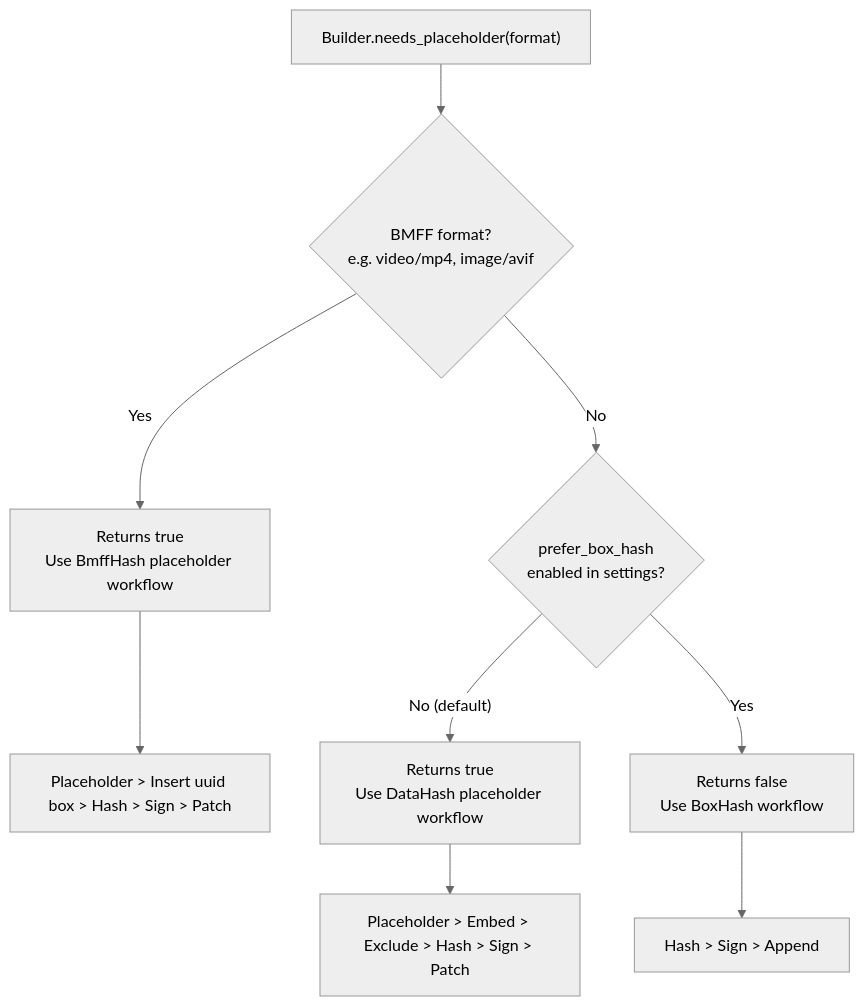
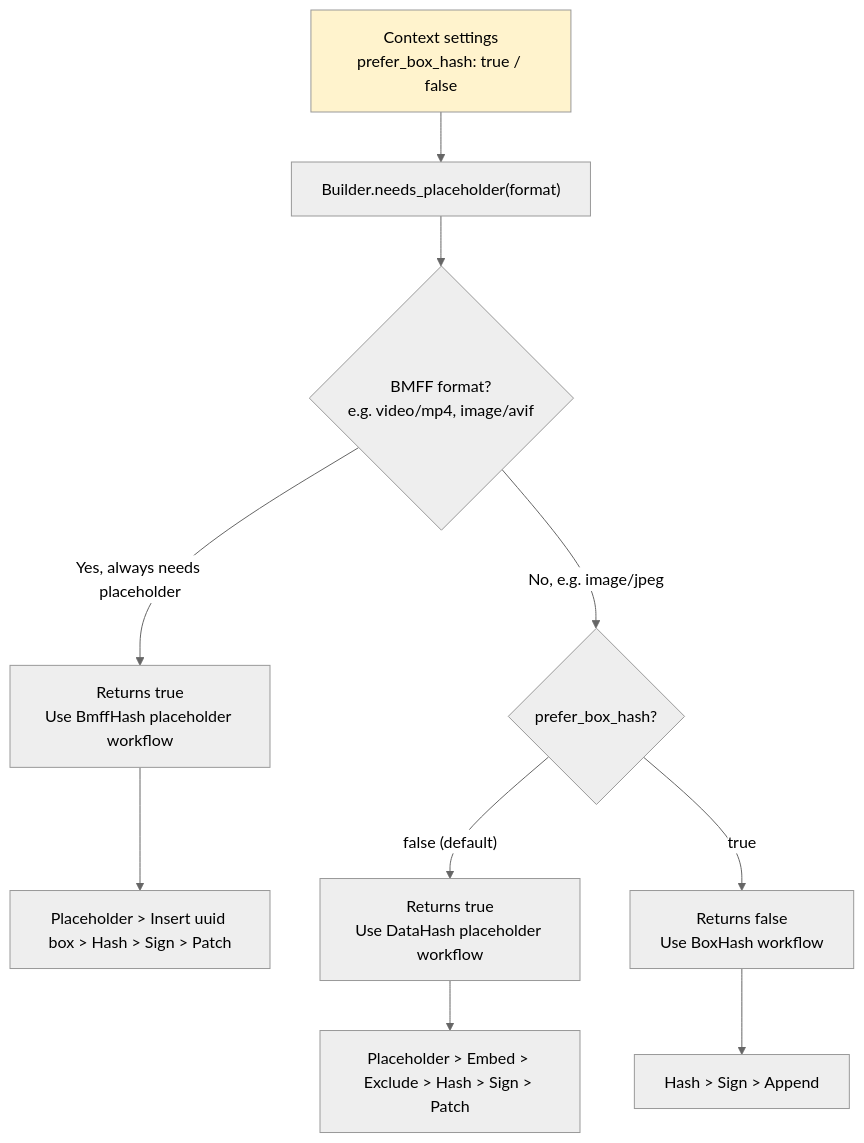
One commit to contentauth/c2pa-c changed the first of 8 diagrams in docs/embeddable-api.md. Above: the diagram before and after it, drawn with Mermaid (neutral theme).

````diff
--- a/docs/embeddable-api.md
+++ b/docs/embeddable-api.md
@@ -51,11 +51,17 @@
 ```mermaid
 flowchart TD
-    Start["Builder.needs_placeholder(format)"] --> IsBmff{BMFF format?<br/>e.g. video/mp4, image/avif}
-    IsBmff -->|Yes| BmffWorkflow["Returns true<br/>Use BmffHash placeholder workflow"]
+    Settings["Context settings<br/>prefer_box_hash: true / false"]
+    Start["Builder.needs_placeholder(format)"]
+
+    Settings --> Start
+    Start --> IsBmff{BMFF format?<br/>e.g. video/mp4, image/avif}
+    IsBmff -->|Yes, always needs placeholder| BmffWorkflow["Returns true<br/>Use BmffHash placeholder workflow"]
     BmffWorkflow --> BmffSteps["Placeholder > Insert uuid box > Hash > Sign > Patch"]
-    IsBmff -->|No| BoxCheck{"prefer_box_hash<br/>enabled in settings?"}
-    BoxCheck -->|"No (default)"| DataHashWorkflow["Returns true<br/>Use DataHash placeholder workflow"]
+    IsBmff -->|No, e.g. image/jpeg| BoxCheck{"prefer_box_hash?"}
+    BoxCheck -->|"false (default)"| DataHashWorkflow["Returns true<br/>Use DataHash placeholder workflow"]
     DataHashWorkflow --> DHSteps["Placeholder > Embed > Exclude > Hash > Sign > Patch"]
-    BoxCheck -->|Yes| BoxHashWorkflow["Returns false<br/>Use BoxHash workflow"]
+    BoxCheck -->|"true"| BoxHashWorkflow["Returns false<br/>Use BoxHash workflow"]
     BoxHashWorkflow --> BHSteps["Hash > Sign > Append"]
+
+    style Settings fill:#fff3cd
 ```
````
